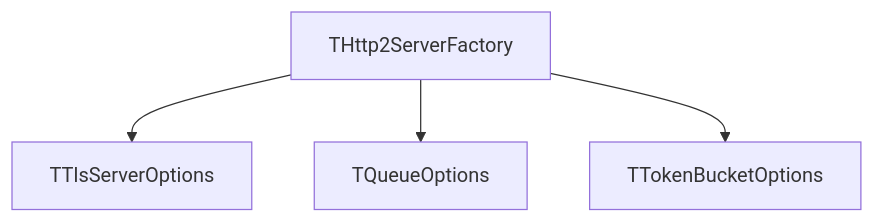
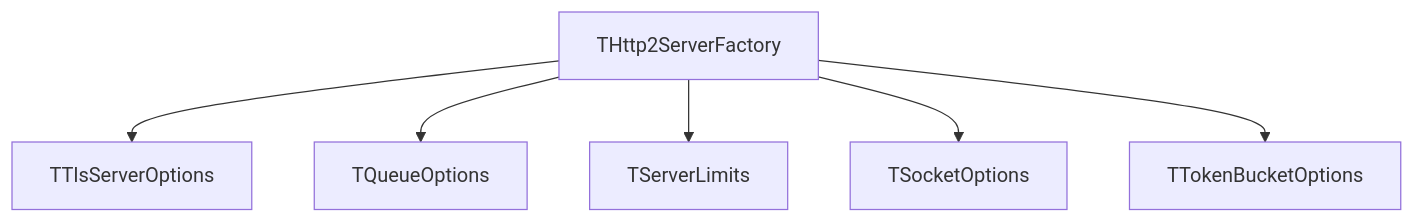
The diagram in doc/design/configuration.md (lscoughlin/http2server), drawn with Mermaid before and after one commit. The commit also changed other lines of this file and 37 other files, not shown here.

````diff
--- a/doc/design/configuration.md
+++ b/doc/design/configuration.md
@@ -49,10 +53,14 @@
 ```mermaid
 flowchart TD
     F["THttp2ServerFactory"]
     T["TTlsServerOptions"]
     Q["TQueueOptions"]
+    L["TServerLimits"]
+    S["TSocketOptions"]
     B["TTokenBucketOptions"]
     F --> T
     F --> Q
+    F --> L
+    F --> S
     F --> B
 ```
````
